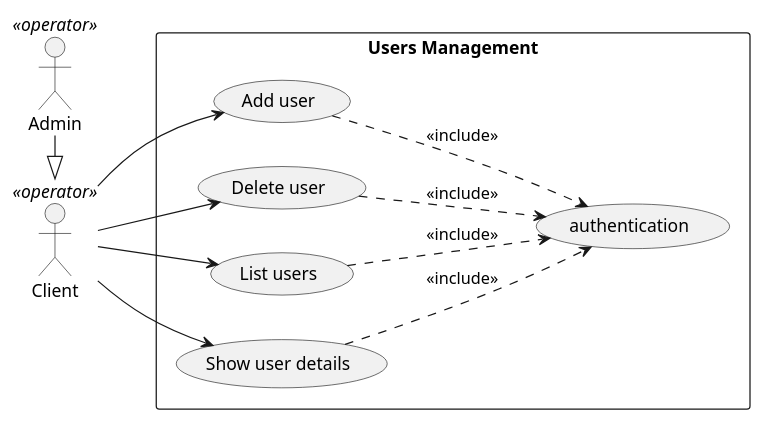
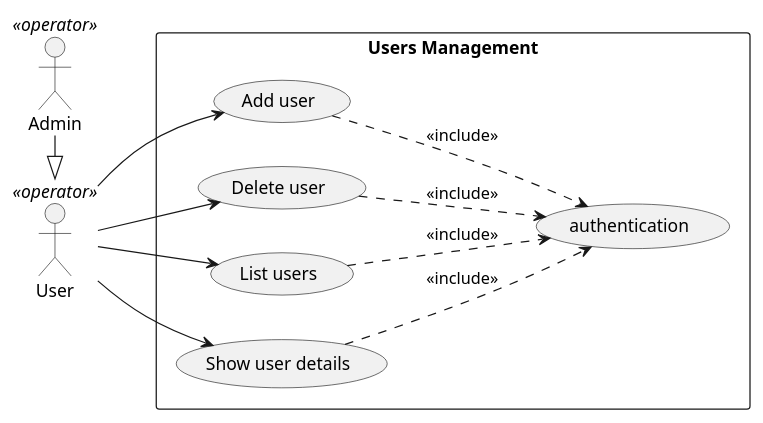
One commit to Xwyk/BileMo changed the diagram in diagrams/UseCases/UseCase_UsersManagement.puml. Above: the diagram before and after it, drawn with PlantUML. The commit also changed 13 other files, not shown here.

```diff
--- a/diagrams/UseCases/UseCase_UsersManagement.puml
+++ b/diagrams/UseCases/UseCase_UsersManagement.puml
@@ -1,28 +1,28 @@
 @startuml
 
 left to right direction
 
-Client    <<operator>> as client
+User    <<operator>> as user
 Admin    <<operator>> as admin
 
 rectangle "Users Management" {
   (Add user) as addUser
   (Delete user) as delUser
   (List users) as listUsers
   (Show user details) as showUser
   (authentication) as auth
 }
 
-client --> addUser
-client --> delUser
-client --> showUser
-client --> listUsers
+user --> addUser
+user --> delUser
+user --> showUser
+user --> listUsers
 
 addUser ..> auth : <<include>>
 delUser ..> auth : <<include>>
 showUser ..> auth : <<include>>
 listUsers ..> auth : <<include>>
 
-admin -|> client
+admin -|> user
 
 @enduml
```
